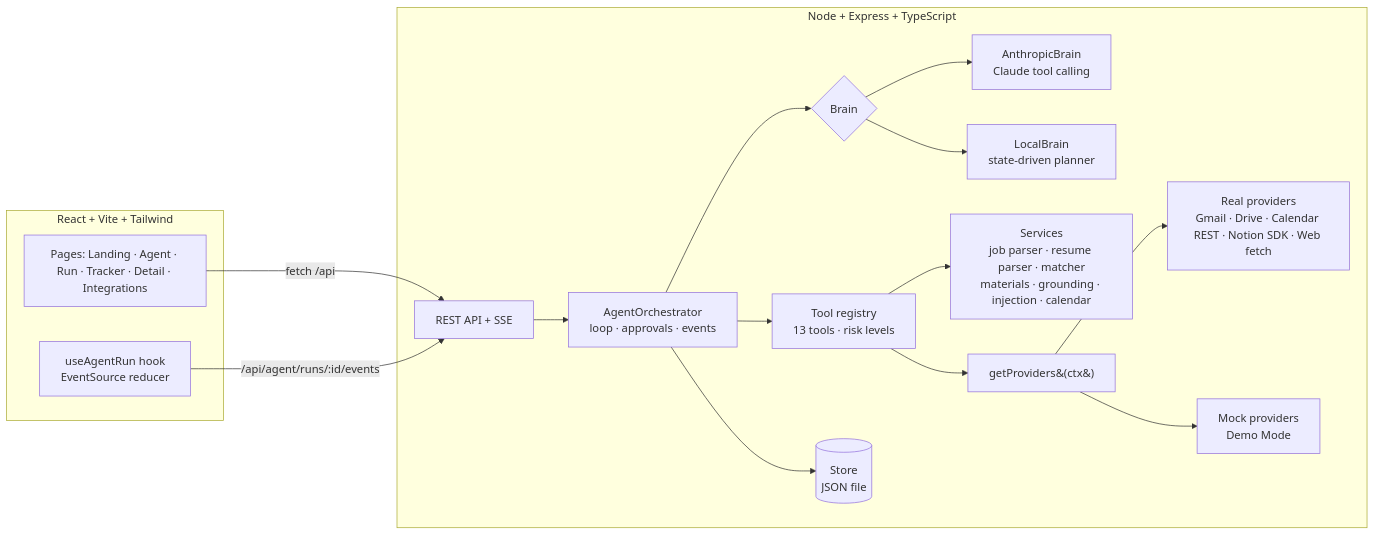
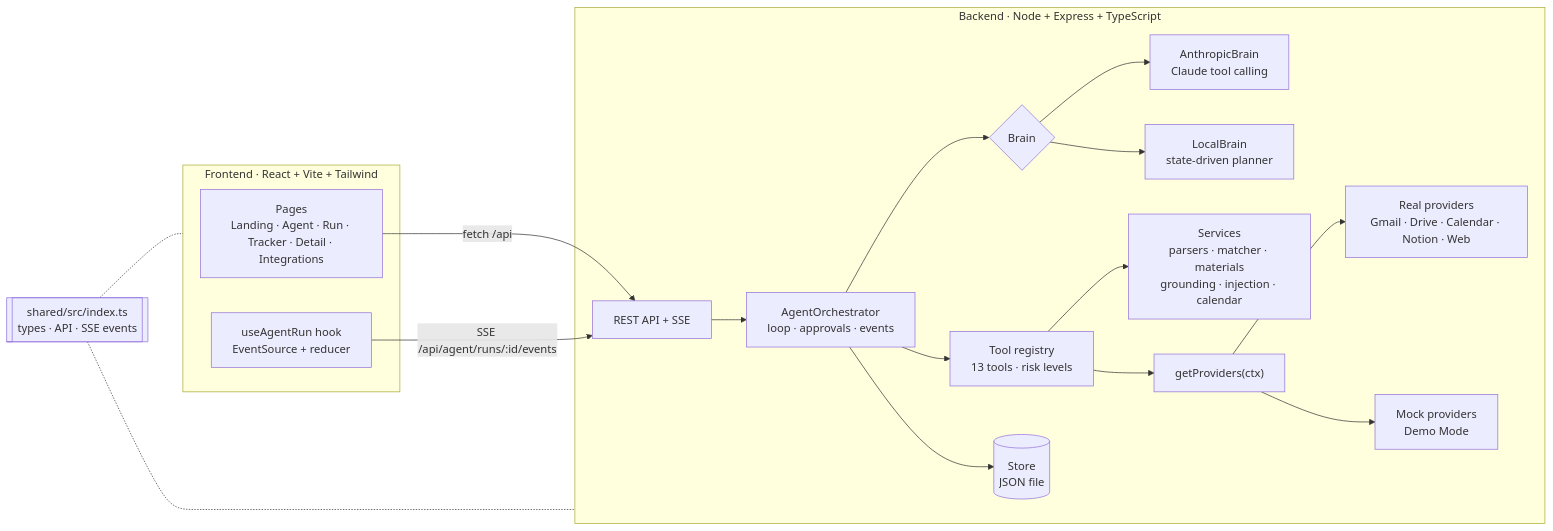
Before and after one commit to yash07-bit/InternFlow_AI: the second of 3 diagrams in README.md, drawn with Mermaid. The commit also changed other lines of this file and 7 other files, not shown here.

````diff
--- a/README.md
+++ b/README.md
@@ -138,30 +186,34 @@
 ```mermaid
 flowchart LR
-  subgraph Frontend [React + Vite + Tailwind]
-    UI[Pages: Landing · Agent · Run · Tracker · Detail · Integrations]
-    SSE[useAgentRun hook<br/>EventSource reducer]
+  subgraph FE["Frontend · React + Vite + Tailwind"]
+    UI["Pages<br/>Landing · Agent · Run · Tracker · Detail · Integrations"]
+    HOOK["useAgentRun hook<br/>EventSource + reducer"]
   end
-  subgraph Backend [Node + Express + TypeScript]
-    API[REST API + SSE]
-    ORCH[AgentOrchestrator<br/>loop · approvals · events]
-    BRAIN{Brain}
-    CLAUDE[AnthropicBrain<br/>Claude tool calling]
-    LOCAL[LocalBrain<br/>state-driven planner]
-    TOOLS[Tool registry<br/>13 tools · risk levels]
-    SVC[Services<br/>job parser · resume parser · matcher<br/>materials · grounding · injection · calendar]
-    PROV[getProviders&#40;ctx&#41;]
-    REAL[Real providers<br/>Gmail · Drive · Calendar REST · Notion SDK · Web fetch]
-    MOCK[Mock providers<br/>Demo Mode]
-    STORE[(Store<br/>JSON file)]
+  subgraph BE["Backend · Node + Express + TypeScript"]
+    API["REST API + SSE"]
+    ORCH["AgentOrchestrator<br/>loop · approvals · events"]
+    BRAIN{"Brain"}
+    CLAUDE["AnthropicBrain<br/>Claude tool calling"]
+    LOCAL["LocalBrain<br/>state-driven planner"]
+    TOOLS["Tool registry<br/>13 tools · risk levels"]
+    SVC["Services<br/>parsers · matcher · materials<br/>grounding · injection · calendar"]
+    PROV["getProviders(ctx)"]
+    REAL["Real providers<br/>Gmail · Drive · Calendar · Notion · Web"]
+    MOCK["Mock providers<br/>Demo Mode"]
+    STORE[("Store<br/>JSON file")]
   end
-  UI -->|fetch /api| API
-  SSE -->|/api/agent/runs/:id/events| API
+  SHARED[["shared/src/index.ts<br/>types · API · SSE events"]]
+  UI -->|"fetch /api"| API
+  HOOK -->|"SSE /api/agent/runs/:id/events"| API
   API --> ORCH --> BRAIN
   BRAIN --> CLAUDE
   BRAIN --> LOCAL
-  ORCH --> TOOLS --> SVC
+  ORCH --> TOOLS
+  TOOLS --> SVC
   TOOLS --> PROV
   PROV --> REAL
   PROV --> MOCK
   ORCH --> STORE
+  SHARED -.- FE
+  SHARED -.- BE
 ```
````
